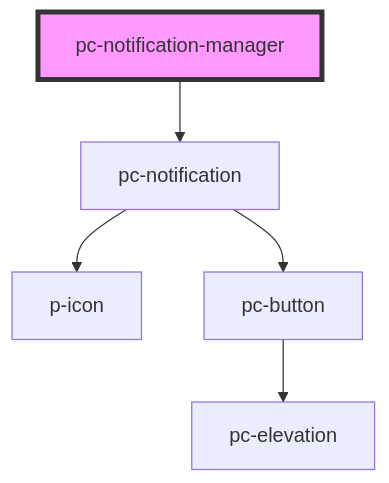
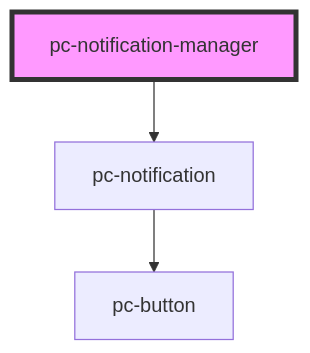
The diagram in src/components/notification-manager/readme.md (redvars/peacock), drawn with Mermaid before and after one commit. The commit also changed 135 other files, not shown here.

````diff
--- a/src/components/notification-manager/readme.md
+++ b/src/components/notification-manager/readme.md
@@ -23,8 +23,6 @@
 ```mermaid
 graph TD;
   pc-notification-manager --> pc-notification
-  pc-notification --> p-icon
   pc-notification --> pc-button
-  pc-button --> pc-elevation
   style pc-notification-manager fill:#f9f,stroke:#333,stroke-width:4px
 ```
````
